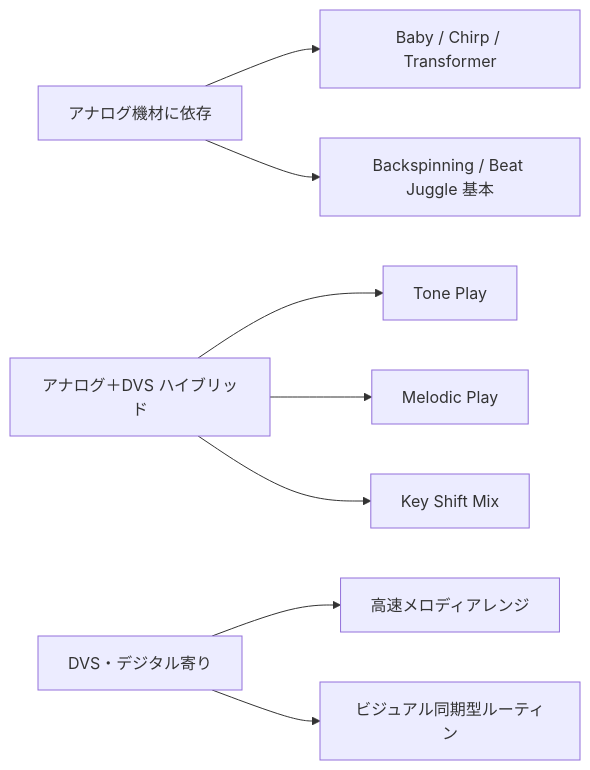
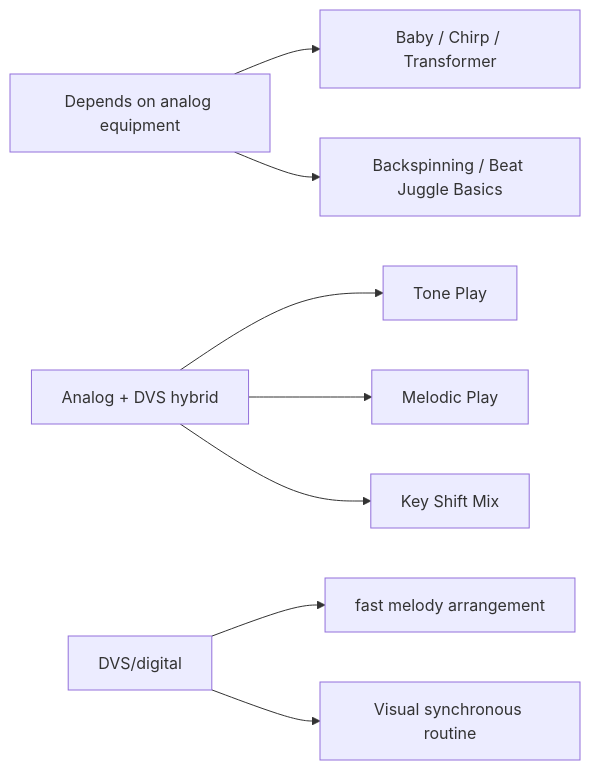
The fifth of 9 diagrams in en/_posts/2025-11-23-column-dmc-world-dj-championship.md (monumental-movement/monumental-movement.github.io), drawn with Mermaid before and after one commit. The commit also changed other lines of this file and 801 other files, not shown here.

```diff
--- a/en/_posts/2025-11-23-column-dmc-world-dj-championship.md
+++ b/en/_posts/2025-11-23-column-dmc-world-dj-championship.md
@@ -320,12 +321,12 @@
 <div class="mermaid">
 flowchart LR
-    A[アナログ機材に依存] --> A1[Baby / Chirp / Transformer]
-    A --> A2[Backspinning / Beat Juggle 基本]
+    A[Depends on analog equipment] --> A1[Baby / Chirp / Transformer]
+    A --> A2[Backspinning / Beat Juggle Basics]
 
-    B[アナログ＋DVS ハイブリッド] --> B1[Tone Play]
+    B[Analog + DVS hybrid] --> B1[Tone Play]
     B --> B2[Melodic Play]
     B --> B3[Key Shift Mix]
 
-    C[DVS・デジタル寄り] --> C1[高速メロディアレンジ]
-    C --> C2[ビジュアル同期型ルーティン]
+    C[DVS/digital] --> C1[fast melody arrangement]
+    C --> C2[Visual synchronous routine]
 </div>
```
